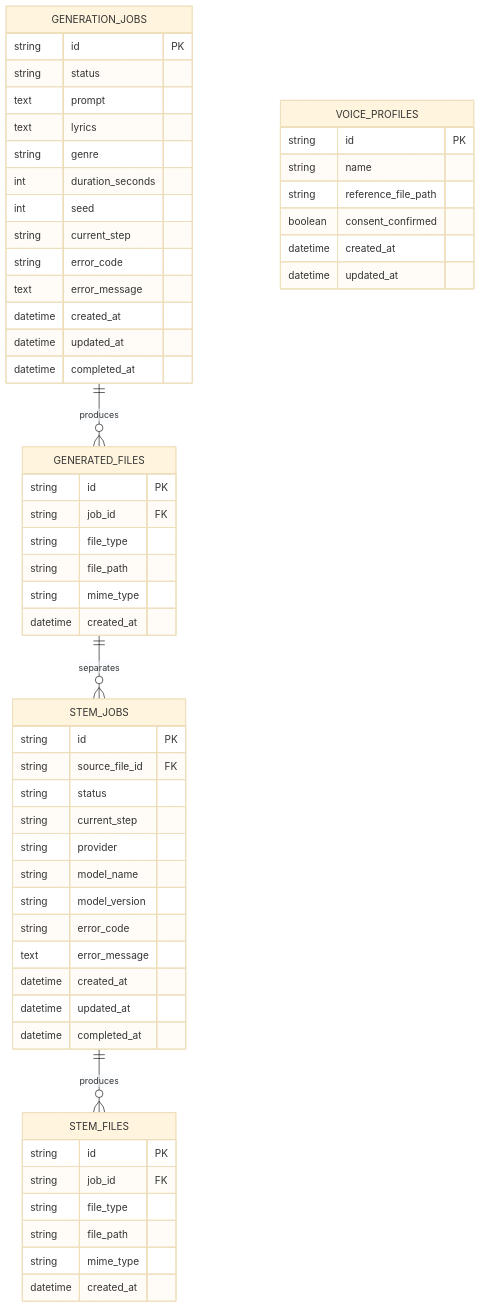
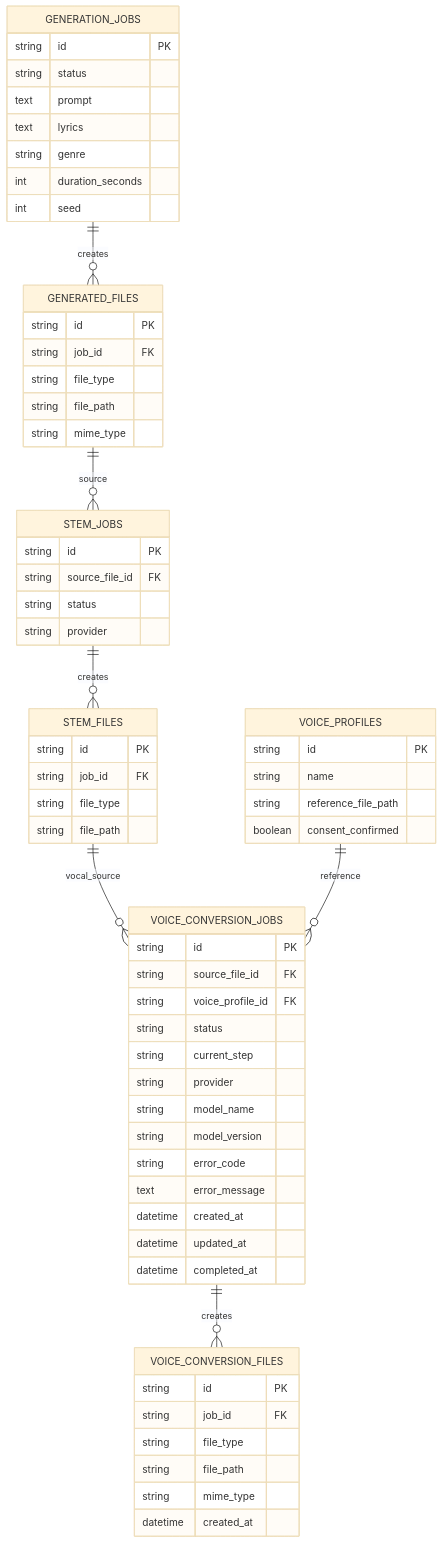
Before and after one commit to DohaStudio/DohaMusic: the diagram in docs/07-database/erd.md, drawn with Mermaid (base theme). The commit also changed other lines of this file and 53 other files, not shown here.

Commit message:
feat: Voice Conversion Adapter 구축

````diff
--- a/docs/07-database/erd.md
+++ b/docs/07-database/erd.md
@@ -6,64 +3,67 @@
 ```mermaid
 erDiagram
-  GENERATION_JOBS ||--o{ GENERATED_FILES : produces
-  GENERATED_FILES ||--o{ STEM_JOBS : separates
-  STEM_JOBS ||--o{ STEM_FILES : produces
+  GENERATION_JOBS ||--o{ GENERATED_FILES : creates
+  GENERATED_FILES ||--o{ STEM_JOBS : source
+  STEM_JOBS ||--o{ STEM_FILES : creates
+  STEM_FILES ||--o{ VOICE_CONVERSION_JOBS : vocal_source
+  VOICE_PROFILES ||--o{ VOICE_CONVERSION_JOBS : reference
+  VOICE_CONVERSION_JOBS ||--o{ VOICE_CONVERSION_FILES : creates
 
   GENERATION_JOBS {
     string id PK
     string status
     text prompt
     text lyrics
     string genre
     int duration_seconds
     int seed
-    string current_step
-    string error_code
-    text error_message
-    datetime created_at
-    datetime updated_at
-    datetime completed_at
   }
-
   GENERATED_FILES {
     string id PK
     string job_id FK
     string file_type
     string file_path
     string mime_type
-    datetime created_at
   }
-
   STEM_JOBS {
     string id PK
     string source_file_id FK
+    string status
+    string provider
+  }
+  STEM_FILES {
+    string id PK
+    string job_id FK
+    string file_type
+    string file_path
+  }
+  VOICE_PROFILES {
+    string id PK
+    string name
+    string reference_file_path
+    boolean consent_confirmed
+  }
+  VOICE_CONVERSION_JOBS {
+    string id PK
+    string source_file_id FK
+    string voice_profile_id FK
     string status
     string current_step
     string provider
     string model_name
     string model_version
     string error_code
     text error_message
     datetime created_at
     datetime updated_at
     datetime completed_at
   }
-
-  STEM_FILES {
+  VOICE_CONVERSION_FILES {
     string id PK
     string job_id FK
     string file_type
     string file_path
     string mime_type
     datetime created_at
   }
-
-  VOICE_PROFILES {
-    string id PK
-    string name
-    string reference_file_path
-    boolean consent_confirmed
-    datetime created_at
-    datetime updated_at
-  }
 ```
````
